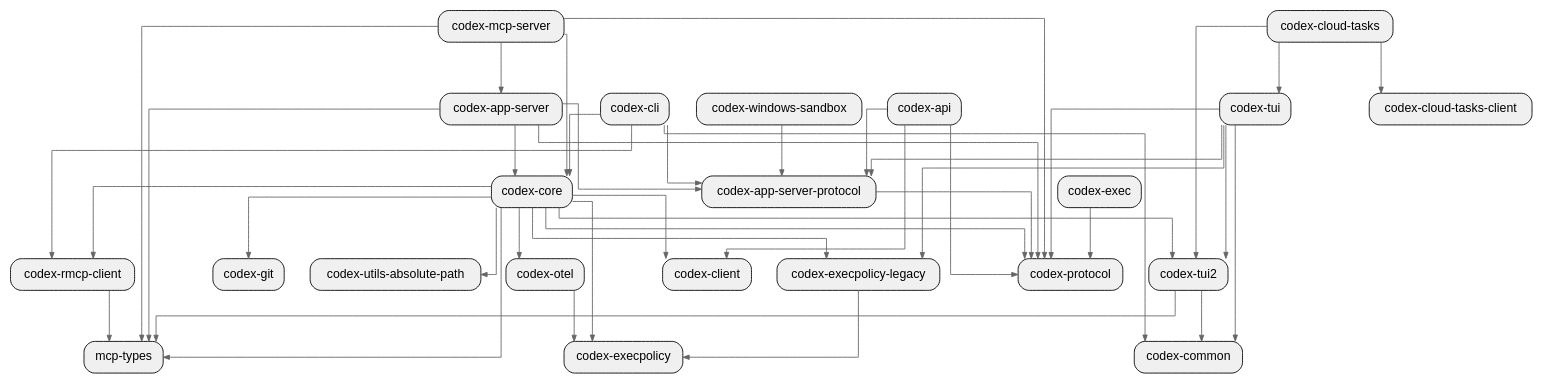
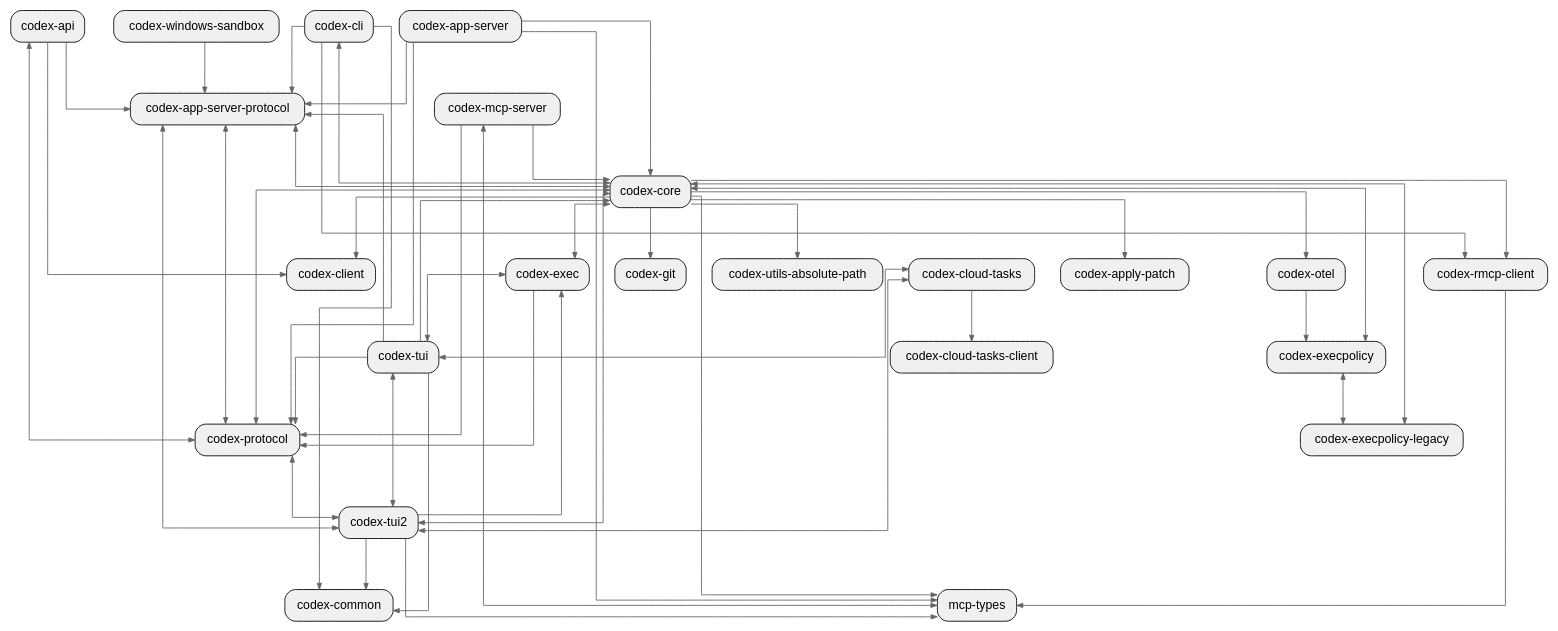
The diagram in sample/rust/codex/depth_1_crate.dot (allenanswerzq/llmcc), drawn with Graphviz before and after one commit. The commit also changed 199 other files, not shown here.

```diff
--- a/sample/rust/codex/depth_1_crate.dot
+++ b/sample/rust/codex/depth_1_crate.dot
@@ -1,80 +1,87 @@
 digraph architecture {
   // Layout settings
   rankdir=TB;
   ranksep=0.8;
   nodesep=0.4;
   splines=ortho;
   concentrate=true;
 
   node [shape=box, style="rounded,filled", fillcolor="#f0f0f0", fontname="Helvetica"];
   edge [color="#666666", arrowsize=0.7];
 
   labelloc=t;
   fontsize=16;
   fontname="Helvetica Bold";
 
   crate_codex_api[label="codex-api"];
   crate_codex_app_server[label="codex-app-server"];
   crate_codex_app_server_protocol[label="codex-app-server-protocol"];
+  crate_codex_apply_patch[label="codex-apply-patch"];
   crate_codex_cli[label="codex-cli"];
   crate_codex_client[label="codex-client"];
   crate_codex_cloud_tasks[label="codex-cloud-tasks"];
   crate_codex_cloud_tasks_client[label="codex-cloud-tasks-client"];
   crate_codex_common[label="codex-common"];
   crate_codex_core[label="codex-core"];
   crate_codex_exec[label="codex-exec"];
   crate_codex_execpolicy[label="codex-execpolicy"];
   crate_codex_execpolicy_legacy[label="codex-execpolicy-legacy"];
   crate_codex_git[label="codex-git"];
   crate_codex_mcp_server[label="codex-mcp-server"];
   crate_codex_otel[label="codex-otel"];
   crate_codex_protocol[label="codex-protocol"];
   crate_codex_rmcp_client[label="codex-rmcp-client"];
   crate_codex_tui[label="codex-tui"];
   crate_codex_tui2[label="codex-tui2"];
   crate_codex_utils_absolute_path[label="codex-utils-absolute-path"];
   crate_codex_windows_sandbox[label="codex-windows-sandbox"];
   crate_mcp_types[label="mcp-types"];
 
   crate_codex_api -> crate_codex_app_server_protocol;
   crate_codex_api -> crate_codex_client;
-  crate_codex_api -> crate_codex_protocol;
+  crate_codex_api -> crate_codex_protocol [dir=both]; // dir best-effort not accurate
   crate_codex_app_server -> crate_codex_app_server_protocol;
   crate_codex_app_server -> crate_codex_core;
   crate_codex_app_server -> crate_codex_protocol;
   crate_codex_app_server -> crate_mcp_types;
-  crate_codex_app_server_protocol -> crate_codex_protocol;
+  crate_codex_app_server_protocol -> crate_codex_core [dir=both]; // dir best-effort not accurate
+  crate_codex_app_server_protocol -> crate_codex_protocol [dir=both]; // dir best-effort not accurate
+  crate_codex_app_server_protocol -> crate_codex_tui2 [dir=both]; // dir best-effort not accurate
   crate_codex_cli -> crate_codex_app_server_protocol;
   crate_codex_cli -> crate_codex_common;
-  crate_codex_cli -> crate_codex_core;
+  crate_codex_cli -> crate_codex_core [dir=both]; // dir best-effort not accurate
   crate_codex_cli -> crate_codex_rmcp_client;
   crate_codex_cloud_tasks -> crate_codex_cloud_tasks_client;
-  crate_codex_cloud_tasks -> crate_codex_tui;
-  crate_codex_cloud_tasks -> crate_codex_tui2;
+  crate_codex_cloud_tasks -> crate_codex_tui [dir=both]; // dir best-effort not accurate
+  crate_codex_cloud_tasks -> crate_codex_tui2 [dir=both]; // dir best-effort not accurate
+  crate_codex_core -> crate_codex_apply_patch;
   crate_codex_core -> crate_codex_client;
-  crate_codex_core -> crate_codex_execpolicy;
-  crate_codex_core -> crate_codex_execpolicy_legacy;
+  crate_codex_core -> crate_codex_exec [dir=both]; // dir best-effort not accurate
+  crate_codex_core -> crate_codex_execpolicy [dir=both]; // dir best-effort not accurate
+  crate_codex_core -> crate_codex_execpolicy_legacy [dir=both]; // dir best-effort not accurate
   crate_codex_core -> crate_codex_git;
   crate_codex_core -> crate_codex_otel;
-  crate_codex_core -> crate_codex_protocol;
+  crate_codex_core -> crate_codex_protocol [dir=both]; // dir best-effort not accurate
   crate_codex_core -> crate_codex_rmcp_client;
-  crate_codex_core -> crate_codex_tui2;
+  crate_codex_core -> crate_codex_tui2 [dir=both]; // dir best-effort not accurate
   crate_codex_core -> crate_codex_utils_absolute_path;
   crate_codex_core -> crate_mcp_types;
   crate_codex_exec -> crate_codex_protocol;
-  crate_codex_execpolicy_legacy -> crate_codex_execpolicy;
-  crate_codex_mcp_server -> crate_codex_app_server;
+  crate_codex_exec -> crate_codex_tui [dir=both]; // dir best-effort not accurate
+  crate_codex_execpolicy -> crate_codex_execpolicy_legacy [dir=both]; // dir best-effort not accurate
   crate_codex_mcp_server -> crate_codex_core;
   crate_codex_mcp_server -> crate_codex_protocol;
-  crate_codex_mcp_server -> crate_mcp_types;
+  crate_codex_mcp_server -> crate_mcp_types [dir=both]; // dir best-effort not accurate
   crate_codex_otel -> crate_codex_execpolicy;
+  crate_codex_protocol -> crate_codex_tui2 [dir=both]; // dir best-effort not accurate
   crate_codex_rmcp_client -> crate_mcp_types;
   crate_codex_tui -> crate_codex_app_server_protocol;
   crate_codex_tui -> crate_codex_common;
-  crate_codex_tui -> crate_codex_execpolicy_legacy;
+  crate_codex_tui -> crate_codex_core;
   crate_codex_tui -> crate_codex_protocol;
-  crate_codex_tui -> crate_codex_tui2;
+  crate_codex_tui -> crate_codex_tui2 [dir=both]; // dir best-effort not accurate
   crate_codex_tui2 -> crate_codex_common;
+  crate_codex_tui2 -> crate_codex_exec;
   crate_codex_tui2 -> crate_mcp_types;
   crate_codex_windows_sandbox -> crate_codex_app_server_protocol;
 }
```
